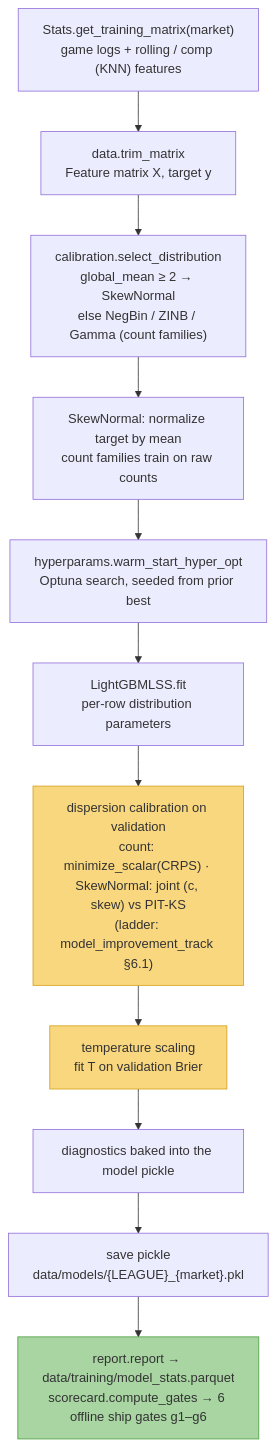
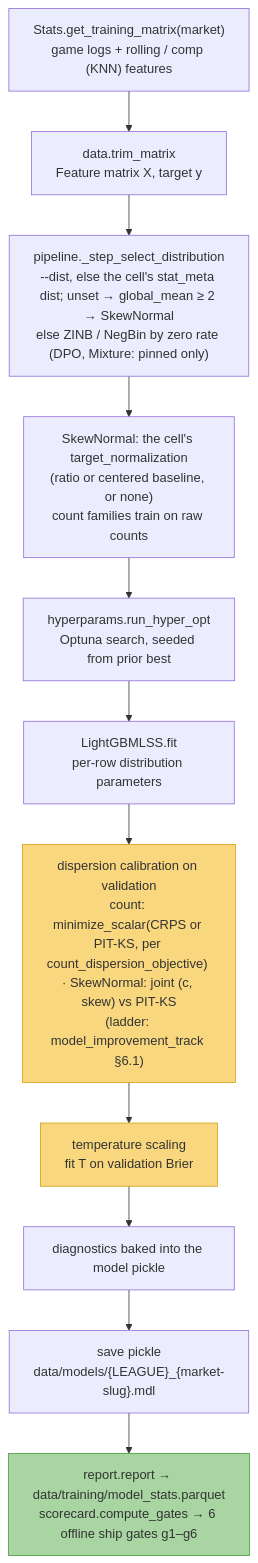
Before and after one commit to tjjerome/Sportstradamus: the first of 2 diagrams in docs/pipeline_diagrams.md, drawn with Mermaid. The commit also changed other lines of this file and 54 other files, not shown here.

````diff
--- a/docs/pipeline_diagrams.md
+++ b/docs/pipeline_diagrams.md
@@ -11,17 +11,17 @@
 ```mermaid
 flowchart TD
     A["Stats.get_training_matrix(market)<br/>game logs + rolling / comp (KNN) features"] --> B["data.trim_matrix<br/>Feature matrix X, target y"]
-    B --> C["calibration.select_distribution<br/>global_mean ≥ 2 → SkewNormal<br/>else NegBin / ZINB / Gamma (count families)"]
-    C --> D["SkewNormal: normalize target by mean<br/>count families train on raw counts"]
-    D --> E["hyperparams.warm_start_hyper_opt<br/>Optuna search, seeded from prior best"]
+    B --> C["pipeline._step_select_distribution<br/>--dist, else the cell's stat_meta dist; unset → global_mean ≥ 2 → SkewNormal<br/>else ZINB / NegBin by zero rate (DPO, Mixture: pinned only)"]
+    C --> D["SkewNormal: the cell's target_normalization<br/>(ratio or centered baseline, or none)<br/>count families train on raw counts"]
+    D --> E["hyperparams.run_hyper_opt<br/>Optuna search, seeded from prior best"]
     E --> F["LightGBMLSS.fit<br/>per-row distribution parameters"]
-    F --> G["dispersion calibration on validation<br/>count: minimize_scalar(CRPS) · SkewNormal: joint (c, skew) vs PIT-KS<br/>(ladder: model_improvement_track §6.1)"]
+    F --> G["dispersion calibration on validation<br/>count: minimize_scalar(CRPS or PIT-KS, per count_dispersion_objective) · SkewNormal: joint (c, skew) vs PIT-KS<br/>(ladder: model_improvement_track §6.1)"]
     G --> H["temperature scaling<br/>fit T on validation Brier"]
     H --> I["diagnostics baked into the model pickle"]
-    I --> J["save pickle<br/>data/models/{LEAGUE}_{market}.pkl"]
+    I --> J["save pickle<br/>data/models/{LEAGUE}_{market-slug}.mdl"]
     J --> K["report.report → data/training/model_stats.parquet<br/>scorecard.compute_gates → 6 offline ship gates g1–g6"]
 
     style G fill:#f9d77e,stroke:#d4a017
     style H fill:#f9d77e,stroke:#d4a017
     style K fill:#a8d5a2,stroke:#4a9e3f
 ```
````
